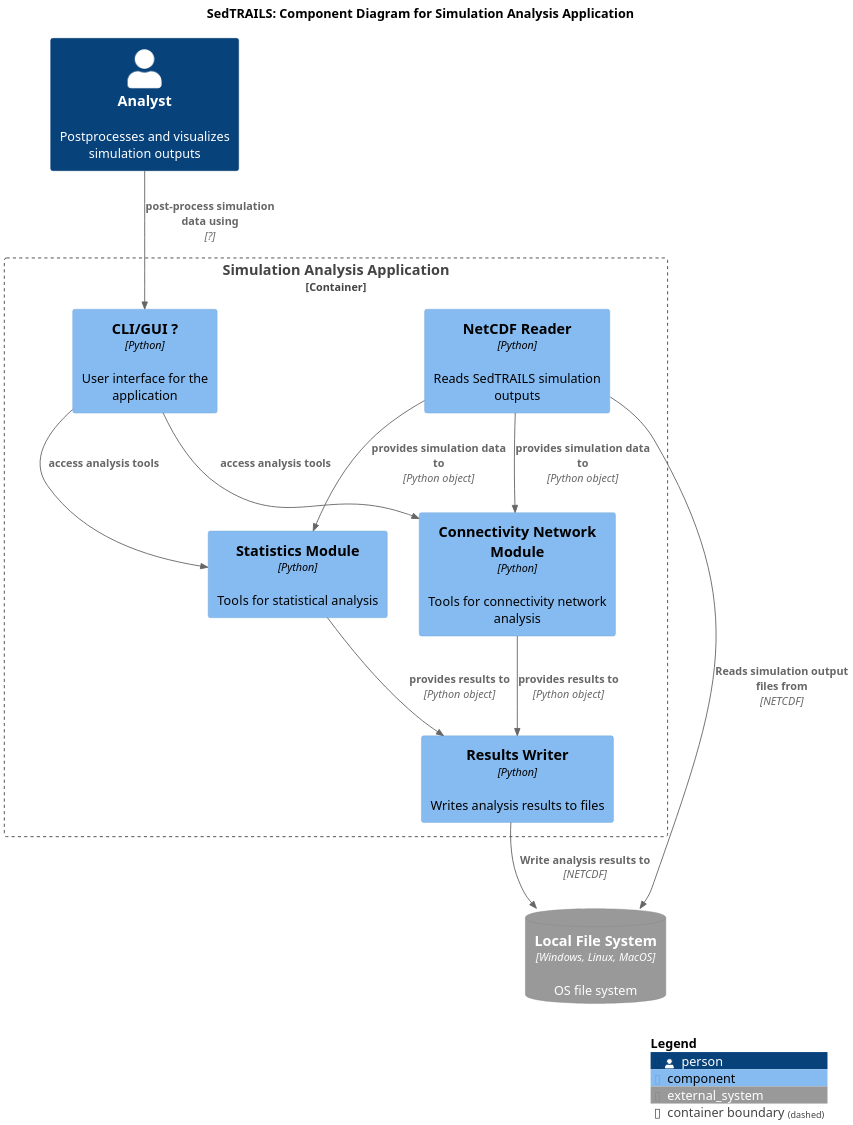
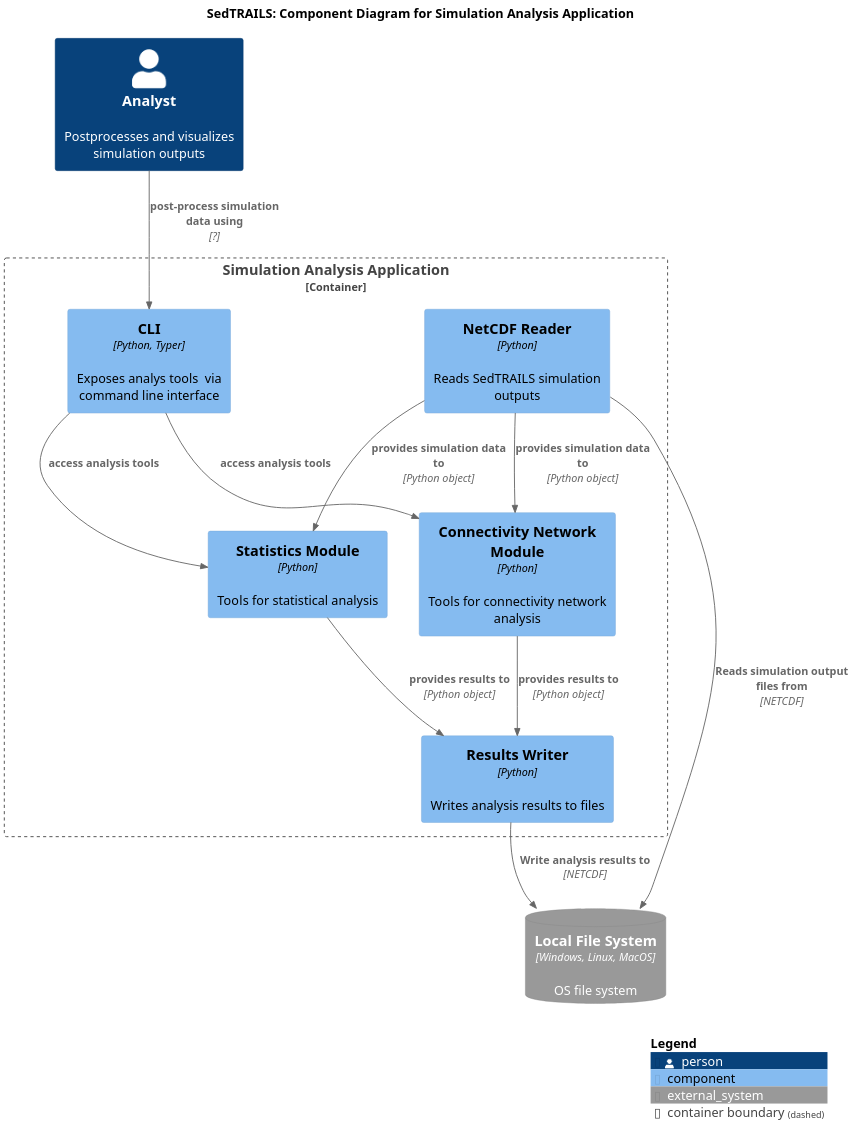
The diagram in diagrams/componets-analysis-app.puml (sgpearson17/sedtrails-sgp), drawn with PlantUML before and after one commit.

Commit message:
Refine CLI component description and update relationships in Simulation Analysis Application diagram

```diff
--- a/diagrams/componets-analysis-app.puml
+++ b/diagrams/componets-analysis-app.puml
@@ -1,39 +1,39 @@
 @startuml SedtrailComponentsAnalysis
 !include ./c4/C4_Component.puml
 
 ' LAYOUT_LANDSCAPE()
 
 title SedTRAILS: Component Diagram for Simulation Analysis Application
 scale 2
 
 Person(analyst, "Analyst", "Postprocesses and visualizes simulation outputs")
 
 
 
 SystemDb_Ext(fileSystem, "Local File System", "OS file system", $type="Windows, Linux, MacOS")
 
 Container_Boundary(analystApp, "Simulation Analysis Application", "Python", "An application to post-process simulation outputs and conduct statistical and connectivity network analyses"){
 
     Component(fileReader, "NetCDF Reader", "Python", "Reads SedTRAILS simulation outputs")
     Component(fileWriter, "Results Writer", "Python", "Writes analysis results to files")
     Component(statistics, "Statistics Module", "Python", "Tools for statistical analysis")
     Component(connectivity, "Connectivity Network Module", "Python", "Tools for connectivity network analysis")
-    Component(cli, "CLI/GUI ?", "Python", "User interface for the application")
+    Component(cli, "CLI", "Python, Typer", "Exposes analys tools  via command line interface")
 
     Rel(fileReader, statistics, "provides simulation data to", "Python object")
-    Rel(fileReader, connectivity, "provides simulation data to", "Python object")
+    Rel(fileReader, connectivity, "provides simulation data to", "Python object")   
     Rel(connectivity, fileWriter, "provides results to", "Python object")
     Rel(statistics, fileWriter, "provides results to", "Python object")
 }
 
 ' Can we asume that  the connectivity and statistics modules can use the same data format/type
 
 Rel(fileReader, fileSystem, "Reads simulation output files from", "NETCDF")
 Rel(fileWriter, fileSystem , "Write analysis results to", "NETCDF")
 Rel(analyst, cli, "post-process simulation data using", "?")
 Rel(cli, statistics, "access analysis tools",)
 Rel(cli, connectivity, "access analysis tools",)
 
 
 SHOW_LEGEND()
 @enduml
```
